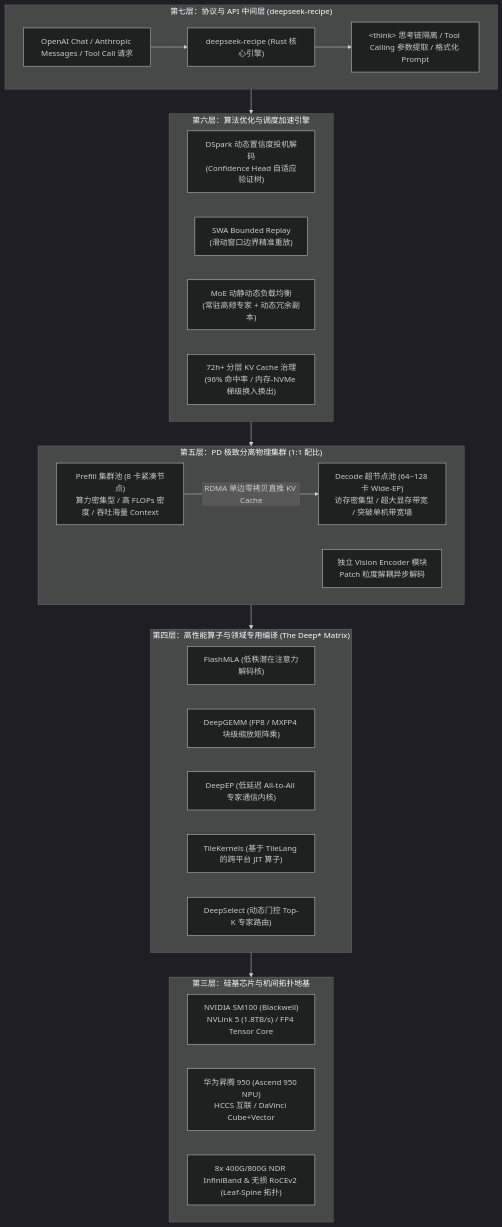
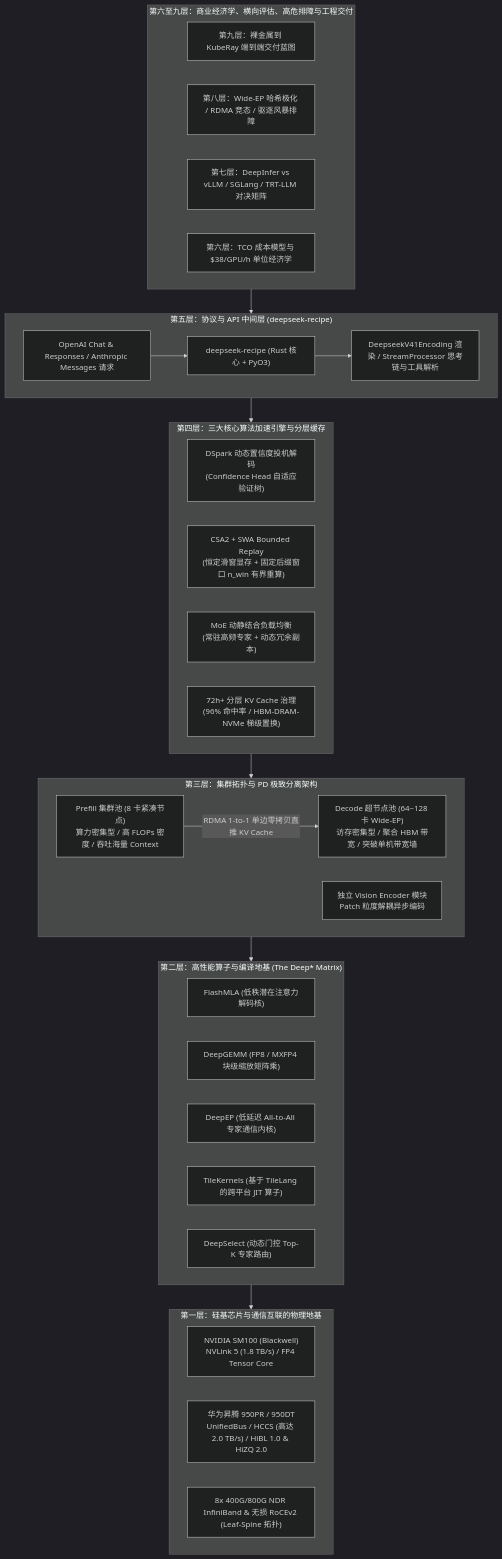
One commit to ifnodoraemon/ifnodoraemon.github.io changed the first of 10 diagrams in content/zh/articles/deepinfer-deepseek-recipe-architecture.md. Above: the diagram before and after it, drawn with Mermaid (dark theme). The commit also changed other lines of this file and 171 other files, not shown here.

Commit message:
feat(blog): audit fixes, add 3 infra deep dives, refresh Nov 2026 models and site-wide SEO

````diff
--- a/content/zh/articles/deepinfer-deepseek-recipe-architecture.md
+++ b/content/zh/articles/deepinfer-deepseek-recipe-architecture.md
@@ -39,40 +39,48 @@
 ```mermaid
 flowchart TD
-    subgraph Layer_Protocol["第七层：协议与 API 中间层 (deepseek-recipe)"]
-        REC_In["OpenAI Chat / Anthropic Messages / Tool Call 请求"] --> REC_Core["deepseek-recipe (Rust 核心引擎)"]
-        REC_Core --> REC_Parse["&lt;think&gt; 思考链隔离 / Tool Calling 参数提取 / 格式化 Prompt"]
+    subgraph Layer_Ops["第六至九层：商业经济学、横向评估、高危排障与工程交付"]
+        L9["第九层：裸金属到 KubeRay 端到端交付蓝图"]
+        L8["第八层：Wide-EP 哈希极化 / RDMA 竞态 / 驱逐风暴排障"]
+        L7["第七层：DeepInfer vs vLLM / SGLang / TRT-LLM 对决矩阵"]
+        L6["第六层：TCO 成本模型与 $38/GPU/h 单位经济学"]
     end
 
-    subgraph Layer_Scheduling["第六层：算法优化与调度加速引擎"]
-        SCH_DSpark["DSpark 动态置信度投机解码<br/>(Confidence Head 自适应验证树)"]
-        SCH_SWA["SWA Bounded Replay<br/>(滑动窗口边界精准重放)"]
-        SCH_MoE["MoE 动静动态负载均衡<br/>(常驻高频专家 + 动态冗余副本)"]
-        SCH_KV["72h+ 分层 KV Cache 治理<br/>(96% 命中率 / 内存-NVMe 梯级换入换出)"]
+    subgraph Layer_Protocol["第五层：协议与 API 中间层 (deepseek-recipe)"]
+        REC_In["OpenAI Chat & Responses / Anthropic Messages 请求"] --> REC_Core["deepseek-recipe (Rust 核心 + PyO3)"]
+        REC_Core --> REC_Parse["DeepseekV41Encoding 渲染 / StreamProcessor 思考链与工具解析"]
     end
 
-    subgraph Layer_Disaggregation["第五层：PD 极致分离物理集群 (1:1 配比)"]
-        PD_Prefill["Prefill 集群池 (8 卡紧凑节点)<br/>算力密集型 / 高 FLOPs 密度 / 吞吐海量 Context"]
-        PD_Decode["Decode 超节点池 (64~128 卡 Wide-EP)<br/>访存密集型 / 超大显存带宽 / 突破单机带宽墙"]
-        PD_Vision["独立 Vision Encoder 模块<br/>Patch 粒度解耦异步解码"]
-        PD_Prefill -- "RDMA 单边零拷贝直推 KV Cache" --> PD_Decode
+    subgraph Layer_Scheduling["第四层：三大核心算法加速引擎与分层缓存"]
+        SCH_DSpark["DSpark 动态置信度投机解码<br/>(Confidence Head 自适应验证树)"]
+        SCH_SWA["CSA2 + SWA Bounded Replay<br/>(恒定滑窗显存 + 固定后缀窗口 n_win 有界重算)"]
+        SCH_MoE["MoE 动静结合负载均衡<br/>(常驻高频专家 + 动态冗余副本)"]
+        SCH_KV["72h+ 分层 KV Cache 治理<br/>(96% 命中率 / HBM-DRAM-NVMe 梯级置换)"]
     end
 
-    subgraph Layer_Kernel["第四层：高性能算子与领域专用编译 (The Deep* Matrix)"]
+    subgraph Layer_Disaggregation["第三层：集群拓扑与 PD 极致分离架构"]
+        PD_Prefill["Prefill 集群池 (8 卡紧凑节点)<br/>算力密集型 / 高 FLOPs 密度 / 吞吐海量 Context"]
+        PD_Decode["Decode 超节点池 (64~128 卡 Wide-EP)<br/>访存密集型 / 聚合 HBM 带宽 / 突破单机带宽墙"]
+        PD_Vision["独立 Vision Encoder 模块<br/>Patch 粒度解耦异步编码"]
+        PD_Prefill -- "RDMA 1-to-1 单边零拷贝直推 KV Cache" --> PD_Decode
+    end
+
+    subgraph Layer_Kernel["第二层：高性能算子与编译地基 (The Deep* Matrix)"]
         K_FlashMLA["FlashMLA (低秩潜在注意力解码核)"]
         K_DeepGEMM["DeepGEMM (FP8 / MXFP4 块级缩放矩阵乘)"]
         K_DeepEP["DeepEP (低延迟 All-to-All 专家通信内核)"]
         K_TileKernels["TileKernels (基于 TileLang 的跨平台 JIT 算子)"]
         K_DeepSelect["DeepSelect (动态门控 Top-K 专家路由)"]
     end
 
-    subgraph Layer_Hardware["第三层：硅基芯片与机间拓扑地基"]
-        HW_NV["NVIDIA SM100 (Blackwell)<br/>NVLink 5 (1.8TB/s) / FP4 Tensor Core"]
-        HW_Ascend["华为昇腾 950 (Ascend 950 NPU)<br/>HCCS 互联 / DaVinci Cube+Vector"]
+    subgraph Layer_Hardware["第一层：硅基芯片与通信互联的物理地基"]
+        HW_NV["NVIDIA SM100 (Blackwell)<br/>NVLink 5 (1.8 TB/s) / FP4 Tensor Core"]
+        HW_Ascend["华为昇腾 950PR / 950DT<br/>UnifiedBus / HCCS (高达 2.0 TB/s) / HiBL 1.0 & HiZQ 2.0"]
         HW_Net["8x 400G/800G NDR InfiniBand & 无损 RoCEv2 (Leaf-Spine 拓扑)"]
     end
 
+    Layer_Ops --> Layer_Protocol
     Layer_Protocol --> Layer_Scheduling
     Layer_Scheduling --> Layer_Disaggregation
     Layer_Disaggregation --> Layer_Kernel
     Layer_Kernel --> Layer_Hardware
 ```
````
